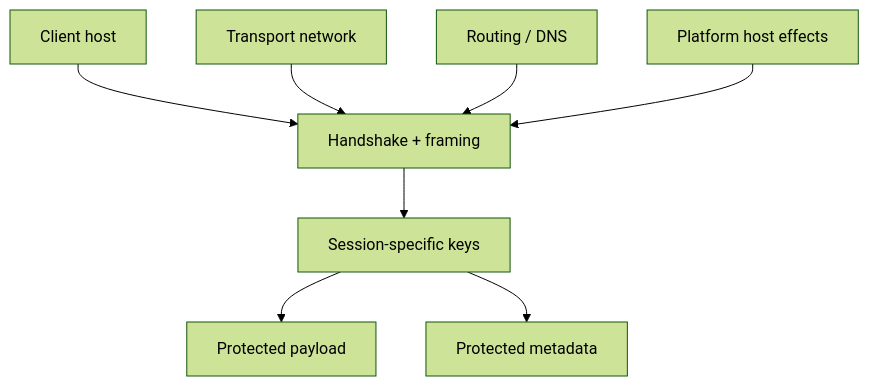
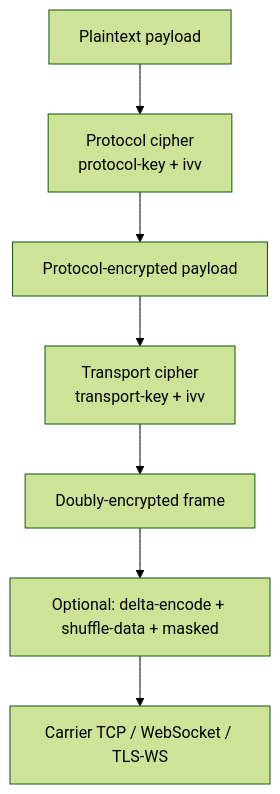
One commit to HyacinthHaru/openppp2 changed the second of 7 diagrams in docs/SECURITY.md. Above: the diagram before and after it, drawn with Mermaid (forest theme). The commit also changed other lines of this file and 93 other files, not shown here.

````diff
--- a/docs/SECURITY.md
+++ b/docs/SECURITY.md
@@ -72,10 +71,9 @@
 ```mermaid
 flowchart TD
-    A[Client host] --> B[Handshake + framing]
-    C[Transport network] --> B
-    B --> D[Session-specific keys]
-    D --> E[Protected payload]
-    D --> F[Protected metadata]
-    G[Routing / DNS] --> B
-    H[Platform host effects] --> B
+    A[Plaintext payload] --> B[Protocol cipher\nprotocol-key + ivv]
+    B --> C[Protocol-encrypted payload]
+    C --> D[Transport cipher\ntransport-key + ivv]
+    D --> E[Doubly-encrypted frame]
+    E --> F[Optional: delta-encode + shuffle-data + masked]
+    F --> G[Carrier TCP / WebSocket / TLS-WS]
 ```
````
